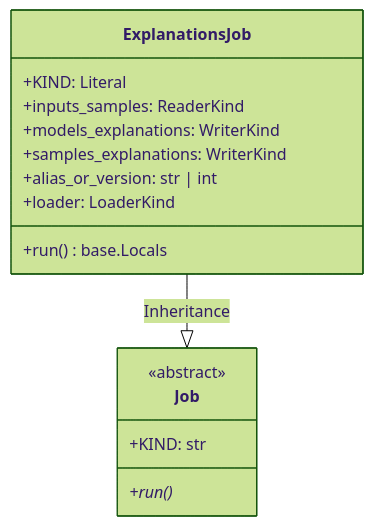
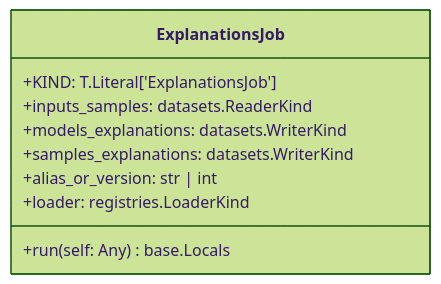
Before and after one commit to lgcorzo/mlops-python-package: the first of 2 diagrams in openwiki/modules/regression_model_template/jobs/explanations.md, drawn with Mermaid (forest theme). The commit also changed other lines of this file and 40 other files, not shown here.

````diff
--- a/openwiki/modules/regression_model_template/jobs/explanations.md
+++ b/openwiki/modules/regression_model_template/jobs/explanations.md
@@ -26,19 +23,13 @@
 ```mermaid
 classDiagram
     direction BT
-    class Job {
-        <<abstract>>
-        +KIND: str
-        +run()*
+    class ExplanationsJob {
+        +KIND: T.Literal['ExplanationsJob']
+        +inputs_samples: datasets.ReaderKind
+        +models_explanations: datasets.WriterKind
+        +samples_explanations: datasets.WriterKind
+        +alias_or_version: str | int
+        +loader: registries.LoaderKind
+        +run(self: Any) base.Locals
     }
-    class ExplanationsJob {
-        +KIND: Literal
-        +inputs_samples: ReaderKind
-        +models_explanations: WriterKind
-        +samples_explanations: WriterKind
-        +alias_or_version: str | int
-        +loader: LoaderKind
-        +run() base.Locals
-    }
-    Job <|-- ExplanationsJob : Inheritance
 ```
````
